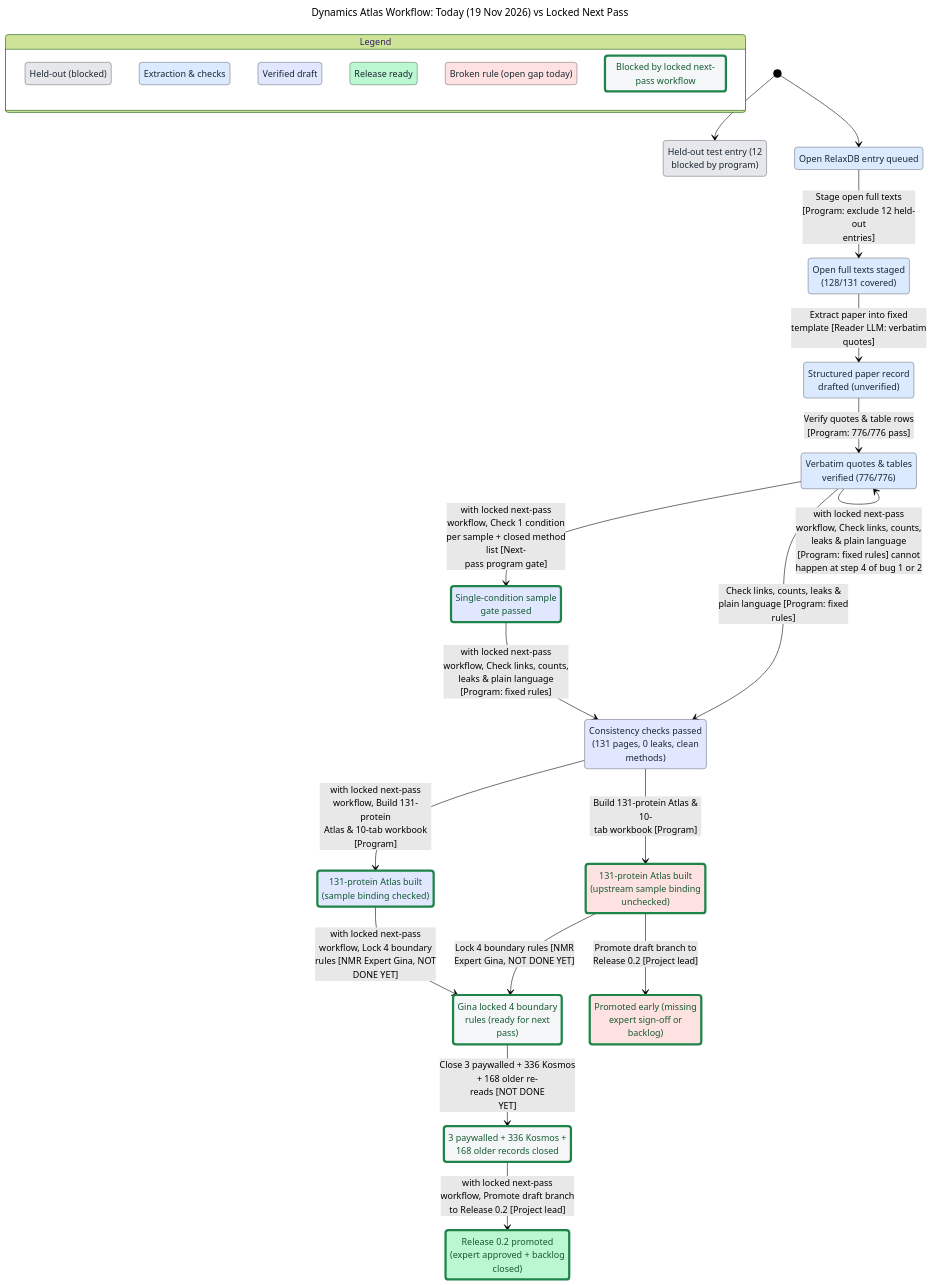
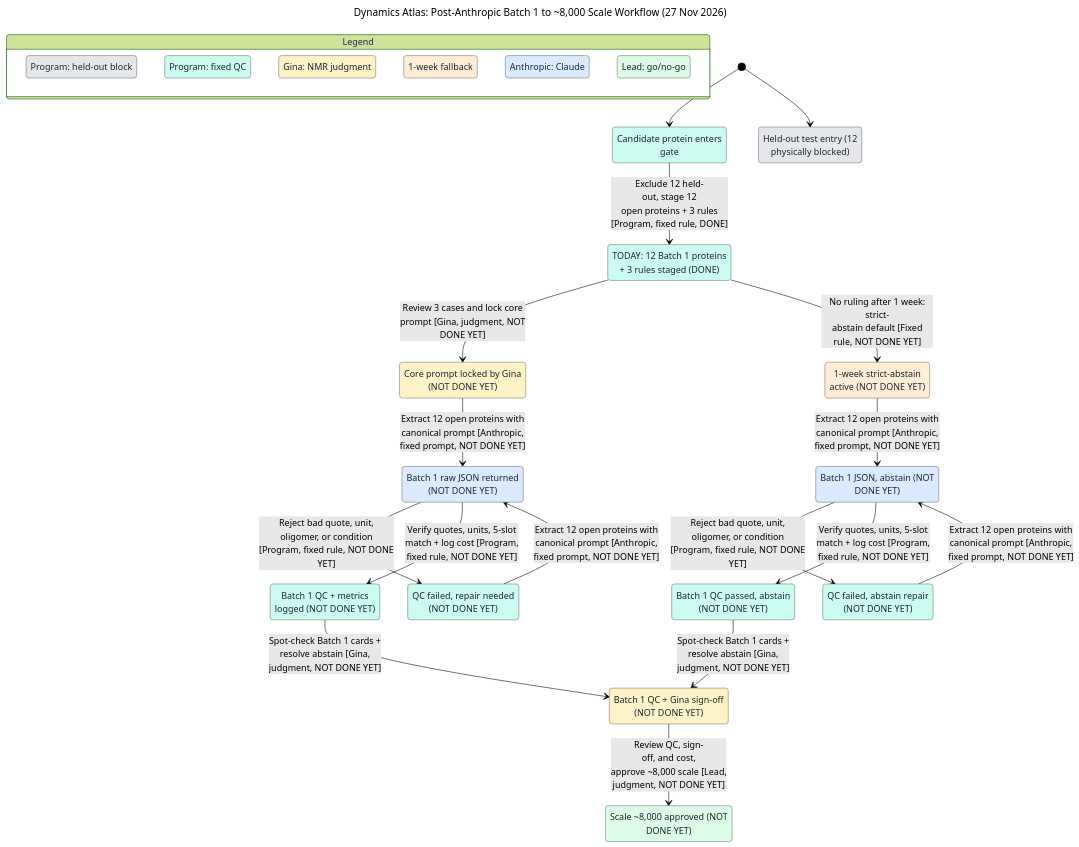
The diagram in methods/statechart/chart.mmd (alex051107/dynamics-atlas-relaxdb), drawn with Mermaid (forest theme) before and after one commit. The commit also changed 19 other files, not shown here.

Commit message:
Redraw TLC-verified post-Anthropic workflow statechart for README homepage

```diff
--- a/methods/statechart/chart.mmd
+++ b/methods/statechart/chart.mmd
@@ -1,74 +1,70 @@
 ---
-title: "Dynamics Atlas Workflow: Today (19 Nov 2026) vs Locked Next Pass"
+title: "Dynamics Atlas: Post-Anthropic Batch 1 to ~8,000 Scale Workflow (27 Nov 2026)"
 config:
   markdownAutoWrap: false
   state:
     useMaxWidth: false
 ---
 stateDiagram-v2
-  %% second model (fix): locked next-pass workflow
-  classDef plainFixed fill:#f4f6f7,stroke:#1e8449,stroke-width:4px,color:#145a32
   classDef group0 fill:#e5e7eb,stroke:#737476,color:#1b2631
-  classDef group1 fill:#dbeafe,stroke:#6e757f,color:#1b2631
-  classDef group2 fill:#e0e7ff,stroke:#707480,color:#1b2631
-  classDef group2Fixed fill:#e0e7ff,stroke:#1e8449,stroke-width:4px,color:#145a32
-  classDef group4 fill:#bbf7d0,stroke:#5e7c68,color:#1b2631
-  classDef group4Fixed fill:#bbf7d0,stroke:#1e8449,stroke-width:4px,color:#145a32
-  classDef group5 fill:#fee2e2,stroke:#7f7171,color:#1b2631
-  classDef group5Fixed fill:#fee2e2,stroke:#1e8449,stroke-width:4px,color:#145a32
+  classDef group1 fill:#ccfbf1,stroke:#667e79,color:#1b2631
+  classDef group2 fill:#fef3c7,stroke:#7f7a64,color:#1b2631
+  classDef group3 fill:#ffedd5,stroke:#80776b,color:#1b2631
+  classDef group4 fill:#dbeafe,stroke:#6e757f,color:#1b2631
+  classDef group5 fill:#dcfce7,stroke:#6e7e74,color:#1b2631
   state "Legend" as legend {
-    state "Held-out (blocked)" as legendGroup0
-    state "Extraction & checks" as legendGroup1
-    state "Verified draft" as legendGroup2
-    state "Release ready" as legendGroup4
-    state "Broken rule (open gap today)" as legendGroup5
-    state "Blocked by locked next-pass workflow" as legendFixed
+    state "Program: held-out block" as legendGroup0
+    state "Program: fixed QC" as legendGroup1
+    state "Gina: NMR judgment" as legendGroup2
+    state "1-week fallback" as legendGroup3
+    state "Anthropic: Claude" as legendGroup4
+    state "Lead: go/no-go" as legendGroup5
   }
   class legendGroup0 group0
   class legendGroup1 group1
   class legendGroup2 group2
+  class legendGroup3 group3
   class legendGroup4 group4
   class legendGroup5 group5
-  class legendFixed plainFixed
-  state "131-protein Atlas built<br/>(sample binding checked)" as s0
-  state "131-protein Atlas built<br/>(upstream sample binding<br/>unchecked)" as s1
-  state "3 paywalled + 336 Kosmos +<br/>168 older records closed" as s2
-  state "Consistency checks passed<br/>(131 pages, 0 leaks, clean<br/>methods)" as s3
-  state "Gina locked 4 boundary<br/>rules (ready for next<br/>pass)" as s4
-  state "Held-out test entry (12<br/>blocked by program)" as s5
-  state "Open RelaxDB entry queued" as s6
-  state "Open full texts staged<br/>(128/131 covered)" as s7
-  state "Promoted early (missing<br/>expert sign-off or<br/>backlog)" as s8
-  state "Release 0.2 promoted<br/>(expert approved + backlog<br/>closed)" as s9
-  state "Single-condition sample<br/>gate passed" as s10
-  state "Structured paper record<br/>drafted (unverified)" as s11
-  state "Verbatim quotes & tables<br/>verified (776/776)" as s12
-  [*] --> s5
+  state "1-week strict-abstain<br/>active (NOT DONE YET)" as s0
+  state "Batch 1 JSON, abstain (NOT<br/>DONE YET)" as s1
+  state "Batch 1 QC + Gina sign-off<br/>(NOT DONE YET)" as s2
+  state "Batch 1 QC + metrics<br/>logged (NOT DONE YET)" as s3
+  state "Batch 1 QC passed, abstain<br/>(NOT DONE YET)" as s4
+  state "Batch 1 raw JSON returned<br/>(NOT DONE YET)" as s5
+  state "Candidate protein enters<br/>gate" as s6
+  state "Core prompt locked by Gina<br/>(NOT DONE YET)" as s7
+  state "Held-out test entry (12<br/>physically blocked)" as s8
+  state "QC failed, abstain repair<br/>(NOT DONE YET)" as s9
+  state "QC failed, repair needed<br/>(NOT DONE YET)" as s10
+  state "Scale ~8,000 approved (NOT<br/>DONE YET)" as s11
+  state "TODAY: 12 Batch 1 proteins<br/>+ 3 rules staged (DONE)" as s12
   [*] --> s6
-  s6 --> s7 : Stage open full texts<br/>[Program: exclude 12 held-out<br/>entries]
-  s7 --> s11 : Extract paper into fixed<br/>template [Reader LLM: verbatim<br/>quotes]
-  s11 --> s12 : Verify quotes & table rows<br/>[Program: 776/776 pass]
-  s12 --> s3 : Check links, counts, leaks &<br/>plain language [Program: fixed<br/>rules]
-  s3 --> s1 : Build 131-protein Atlas &<br/>10-tab workbook [Program]
-  s1 --> s4 : Lock 4 boundary rules [NMR<br/>Expert Gina, NOT DONE YET]
-  s1 --> s8 : Promote draft branch to<br/>Release 0.2 [Project lead]
-  s4 --> s2 : Close 3 paywalled + 336 Kosmos<br/>+ 168 older re-reads [NOT DONE<br/>YET]
-  s12 --> s10 : with locked next-pass<br/>workflow, Check 1 condition<br/>per sample + closed method<br/>list [Next-pass program gate]
-  s10 --> s3 : with locked next-pass<br/>workflow, Check links, counts,<br/>leaks & plain language<br/>[Program: fixed rules]
-  s3 --> s0 : with locked next-pass<br/>workflow, Build 131-protein<br/>Atlas & 10-tab workbook<br/>[Program]
-  s0 --> s4 : with locked next-pass<br/>workflow, Lock 4 boundary<br/>rules [NMR Expert Gina, NOT<br/>DONE YET]
-  s2 --> s9 : with locked next-pass<br/>workflow, Promote draft branch<br/>to Release 0.2 [Project lead]
-  s12 --> s12 : with locked next-pass<br/>workflow, Check links, counts,<br/>leaks & plain language<br/>[Program: fixed rules] cannot<br/>happen at step 4 of bug 1 or 2
-  class s0 group2Fixed
-  class s1 group5Fixed
-  class s2 plainFixed
-  class s3 group2
-  class s4 plainFixed
-  class s5 group0
+  [*] --> s8
+  s6 --> s12 : Exclude 12 held-out, stage 12<br/>open proteins + 3 rules<br/>[Program, fixed rule, DONE]
+  s12 --> s7 : Review 3 cases and lock core<br/>prompt [Gina, judgment, NOT<br/>DONE YET]
+  s12 --> s0 : No ruling after 1 week:<br/>strict-abstain default [Fixed<br/>rule, NOT DONE YET]
+  s7 --> s5 : Extract 12 open proteins with<br/>canonical prompt [Anthropic,<br/>fixed prompt, NOT DONE YET]
+  s0 --> s1 : Extract 12 open proteins with<br/>canonical prompt [Anthropic,<br/>fixed prompt, NOT DONE YET]
+  s5 --> s10 : Reject bad quote, unit,<br/>oligomer, or condition<br/>[Program, fixed rule, NOT DONE<br/>YET]
+  s5 --> s3 : Verify quotes, units, 5-slot<br/>match + log cost [Program,<br/>fixed rule, NOT DONE YET]
+  s1 --> s9 : Reject bad quote, unit,<br/>oligomer, or condition<br/>[Program, fixed rule, NOT DONE<br/>YET]
+  s1 --> s4 : Verify quotes, units, 5-slot<br/>match + log cost [Program,<br/>fixed rule, NOT DONE YET]
+  s10 --> s5 : Extract 12 open proteins with<br/>canonical prompt [Anthropic,<br/>fixed prompt, NOT DONE YET]
+  s3 --> s2 : Spot-check Batch 1 cards +<br/>resolve abstain [Gina,<br/>judgment, NOT DONE YET]
+  s9 --> s1 : Extract 12 open proteins with<br/>canonical prompt [Anthropic,<br/>fixed prompt, NOT DONE YET]
+  s4 --> s2 : Spot-check Batch 1 cards +<br/>resolve abstain [Gina,<br/>judgment, NOT DONE YET]
+  s2 --> s11 : Review QC, sign-off, and cost,<br/>approve ~8,000 scale [Lead,<br/>judgment, NOT DONE YET]
+  class s0 group3
+  class s1 group4
+  class s2 group2
+  class s3 group1
+  class s4 group1
+  class s5 group4
   class s6 group1
-  class s7 group1
-  class s8 group5Fixed
-  class s9 group4Fixed
-  class s10 group2Fixed
-  class s11 group1
+  class s7 group2
+  class s8 group0
+  class s9 group1
+  class s10 group1
+  class s11 group5
   class s12 group1
```
